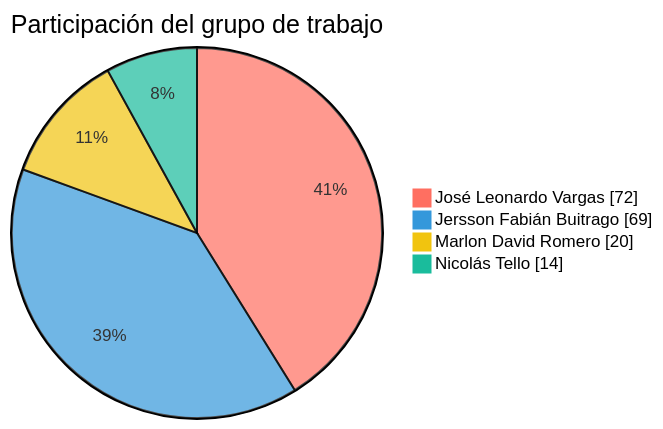
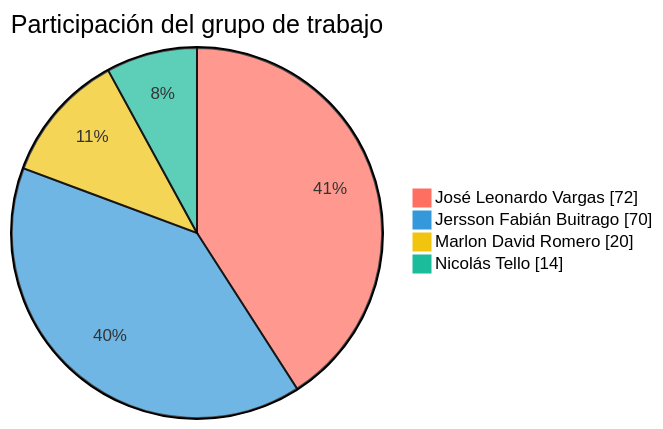
Before and after one commit to FarmaExpres/FarmaExpres: the first of 2 diagrams in README.md, drawn with Mermaid. The commit also changed other lines of this file and 1 other file, not shown here.

````diff
--- a/README.md
+++ b/README.md
@@ -314,9 +314,9 @@
 ```mermaid
 %%{init: {"themeVariables": {"pie1": "#ff6f61", "pie2": "#3498db", "pie3": "#f1c40f", "pie4": "#1abc9c", "pieLabelColor": "#000000", "pieLabelFontSize": "24px", "pieLabelFontWeight": "700"}}}%%
 pie showData
     title Participación del grupo de trabajo
     "José Leonardo Vargas" : 72
-    "Jersson Fabián Buitrago" : 69
+    "Jersson Fabián Buitrago" : 70
     "Marlon David Romero" : 20
     "Nicolás Tello" : 14
 ```
````
